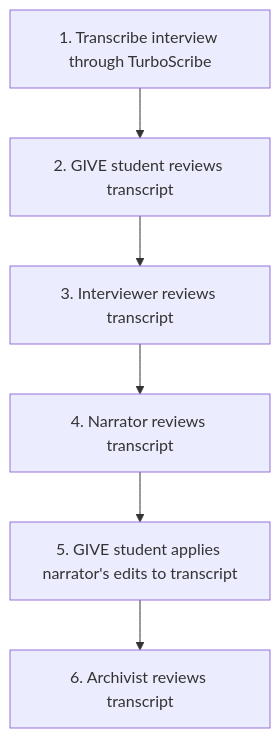
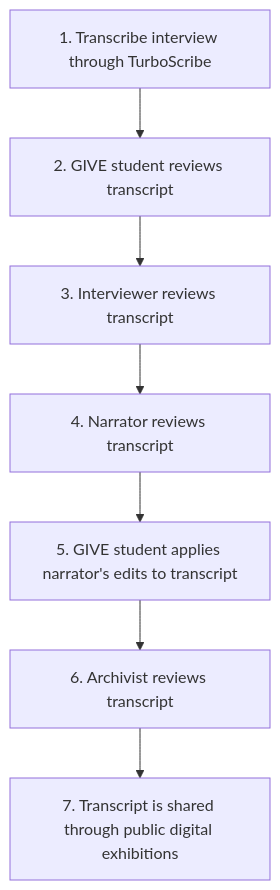
One commit to gespza/Project-1---PRWR-623 changed the diagram in docs/overview.md. Above: the diagram before and after it, drawn with Mermaid. The commit also changed other lines of this file and 9 other files, not shown here.

````diff
--- a/docs/overview.md
+++ b/docs/overview.md
@@ -20,4 +20,4 @@
 ```mermaid
 flowchart TD
-A[1. Transcribe interview through TurboScribe] --> B[2. GIVE student reviews transcript] --> C[3. Interviewer reviews transcript] --> D[4. Narrator reviews transcript] --> E[5. GIVE student applies narrator's edits to transcript] --> F[6. Archivist reviews transcript]
+A[1. Transcribe interview through TurboScribe] --> B[2. GIVE student reviews transcript] --> C[3. Interviewer reviews transcript] --> D[4. Narrator reviews transcript] --> E[5. GIVE student applies narrator's edits to transcript] --> F[6. Archivist reviews transcript] --> G[7. Transcript is shared through public digital exhibitions]
 ```
````
